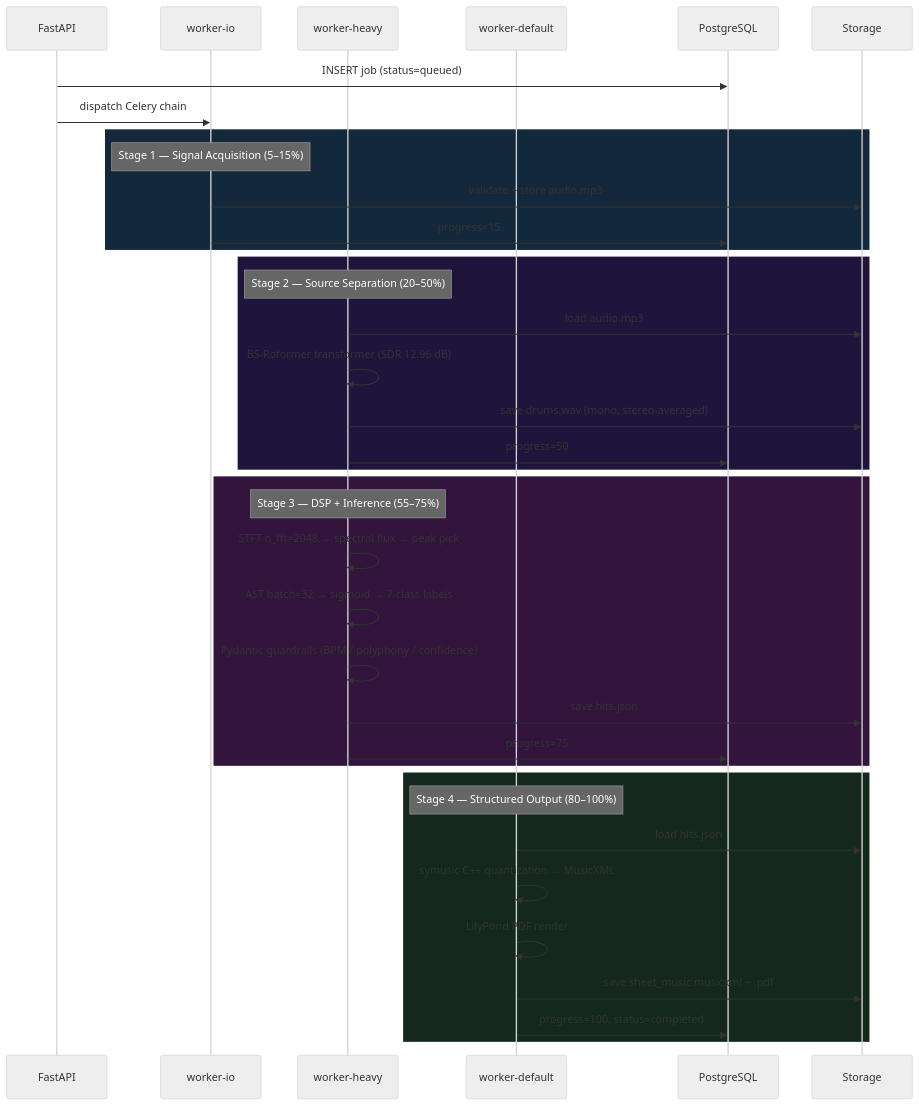
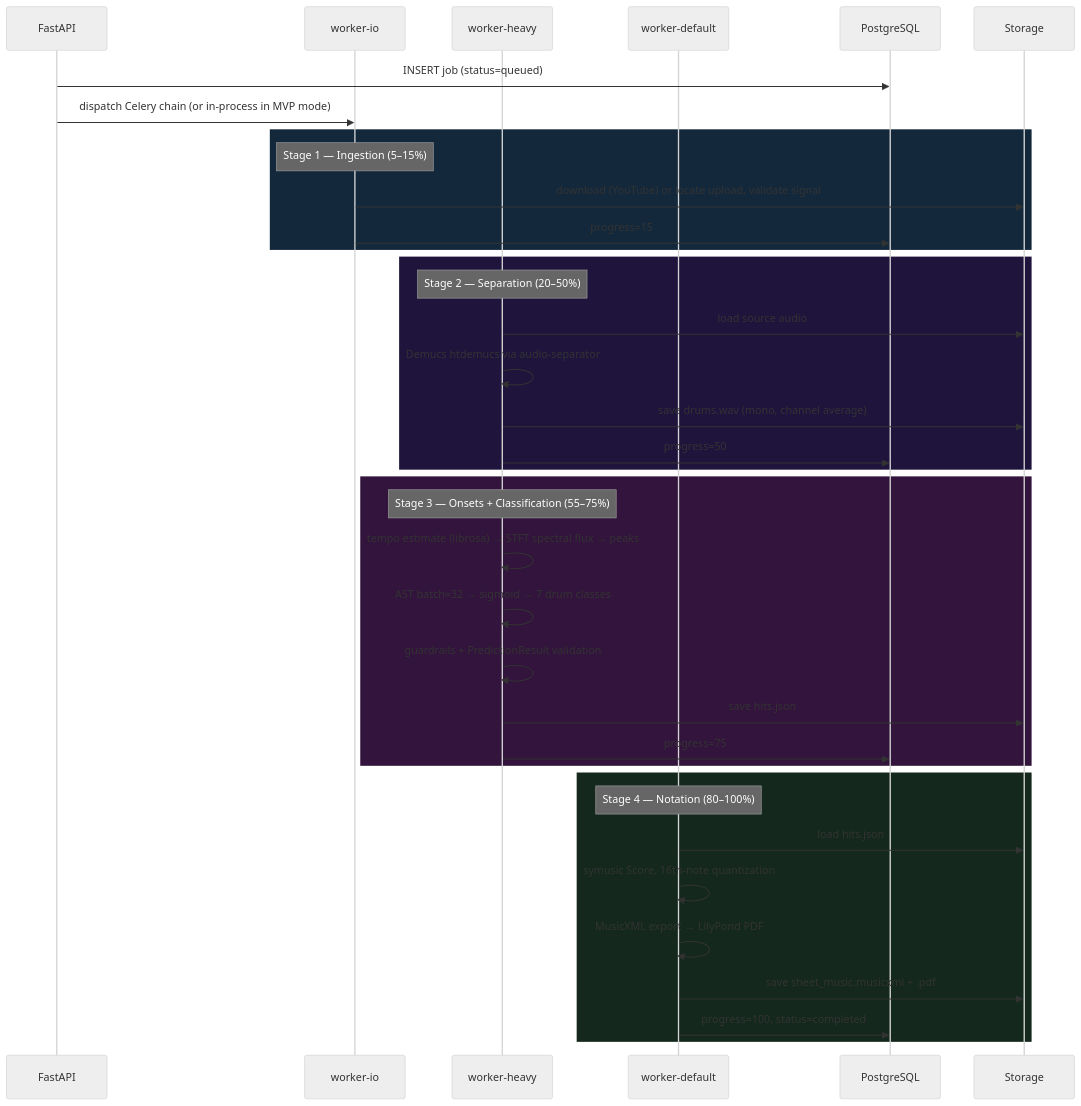
One commit to MatPizzolo/Automatic-Drum-Transcription changed the second of 3 diagrams in README.md. Above: the diagram before and after it, drawn with Mermaid (neutral theme). The commit also changed other lines of this file and 1 other file, not shown here.

````diff
--- a/README.md
+++ b/README.md
@@ -93,44 +100,44 @@
 ```mermaid
 sequenceDiagram
     participant API as FastAPI
     participant IO  as worker-io
     participant HV  as worker-heavy
     participant DF  as worker-default
     participant DB  as PostgreSQL
     participant S3  as Storage
 
     API->>DB: INSERT job (status=queued)
-    API->>IO: dispatch Celery chain
+    API->>IO: dispatch Celery chain (or in-process in MVP mode)
 
     rect rgb(20, 40, 60)
-    Note over IO: Stage 1 — Signal Acquisition (5–15%)
-    IO->>S3: validate + store audio.mp3
+    Note over IO: Stage 1 — Ingestion (5–15%)
+    IO->>S3: download (YouTube) or locate upload, validate signal
     IO->>DB: progress=15
     end
 
     rect rgb(30, 20, 60)
-    Note over HV: Stage 2 — Source Separation (20–50%)
-    HV->>S3: load audio.mp3
-    HV->>HV: BS-Roformer transformer (SDR 12.96 dB)
-    HV->>S3: save drums.wav (mono, stereo-averaged)
+    Note over HV: Stage 2 — Separation (20–50%)
+    HV->>S3: load source audio
+    HV->>HV: Demucs htdemucs via audio-separator
+    HV->>S3: save drums.wav (mono, channel average)
     HV->>DB: progress=50
     end
 
     rect rgb(50, 20, 60)
-    Note over HV: Stage 3 — DSP + Inference (55–75%)
-    HV->>HV: STFT n_fft=2048 → spectral flux → peak pick
-    HV->>HV: AST batch=32 → sigmoid → 7-class labels
-    HV->>HV: Pydantic guardrails (BPM / polyphony / confidence)
+    Note over HV: Stage 3 — Onsets + Classification (55–75%)
+    HV->>HV: tempo estimate (librosa) → STFT spectral flux → peaks
+    HV->>HV: AST batch=32 → sigmoid → 7 drum classes
+    HV->>HV: guardrails + PredictionResult validation
     HV->>S3: save hits.json
     HV->>DB: progress=75
     end
 
     rect rgb(20, 40, 30)
-    Note over DF: Stage 4 — Structured Output (80–100%)
+    Note over DF: Stage 4 — Notation (80–100%)
     DF->>S3: load hits.json
-    DF->>DF: symusic C++ quantization → MusicXML
-    DF->>DF: LilyPond PDF render
+    DF->>DF: symusic Score, 16th-note quantization
+    DF->>DF: MusicXML export → LilyPond PDF
     DF->>S3: save sheet_music.musicxml + .pdf
     DF->>DB: progress=100, status=completed
     end
 ```
````
